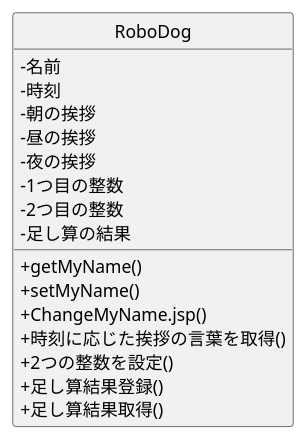
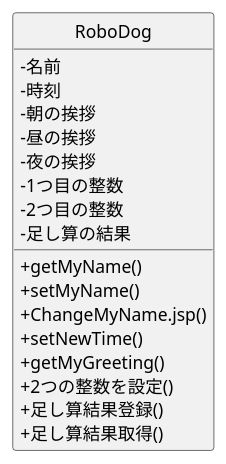
Before and after one commit to takano1228/ohara_uml: the diagram in 06_robo_dog/class.pu, drawn with PlantUML. The commit also changed 2 other files, not shown here.

```diff
--- a/06_robo_dog/class.pu
+++ b/06_robo_dog/class.pu
@@ -1,24 +1,25 @@
 @startuml Robodogクラス図
 skinparam classAttributeIconSize 0
 hide circle
 
 class RoboDog {
  -名前
  -時刻
  -朝の挨拶
  -昼の挨拶
  -夜の挨拶
  -1つ目の整数
  -2つ目の整数
  -足し算の結果
 
  +getMyName()
  +setMyName()
  +ChangeMyName.jsp()
- +時刻に応じた挨拶の言葉を取得()
+ +setNewTime()
+ +getMyGreeting()
  +2つの整数を設定()
  +足し算結果登録()
  +足し算結果取得()
 }
 
 @enduml
```
